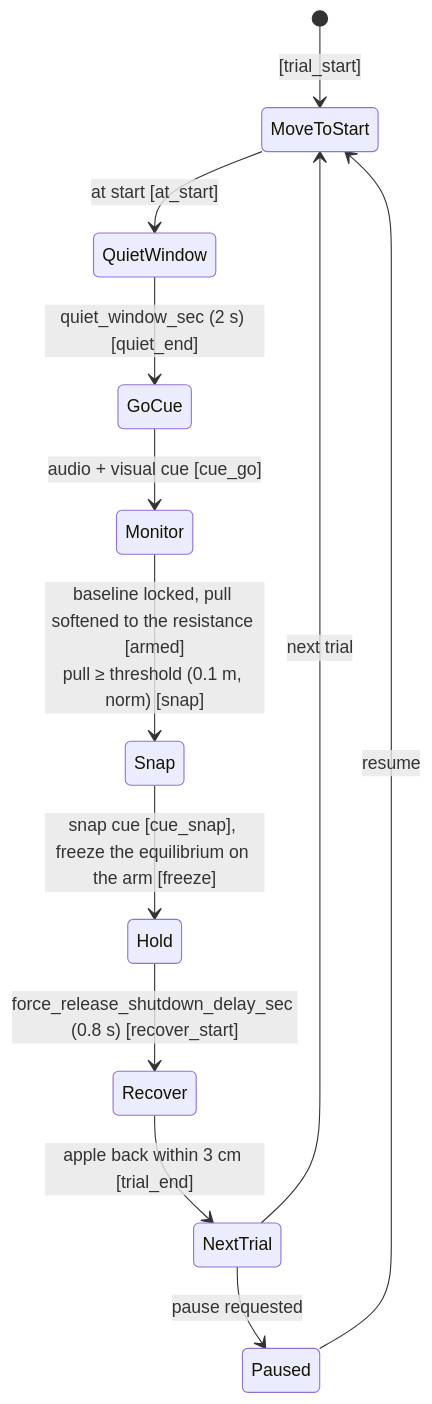
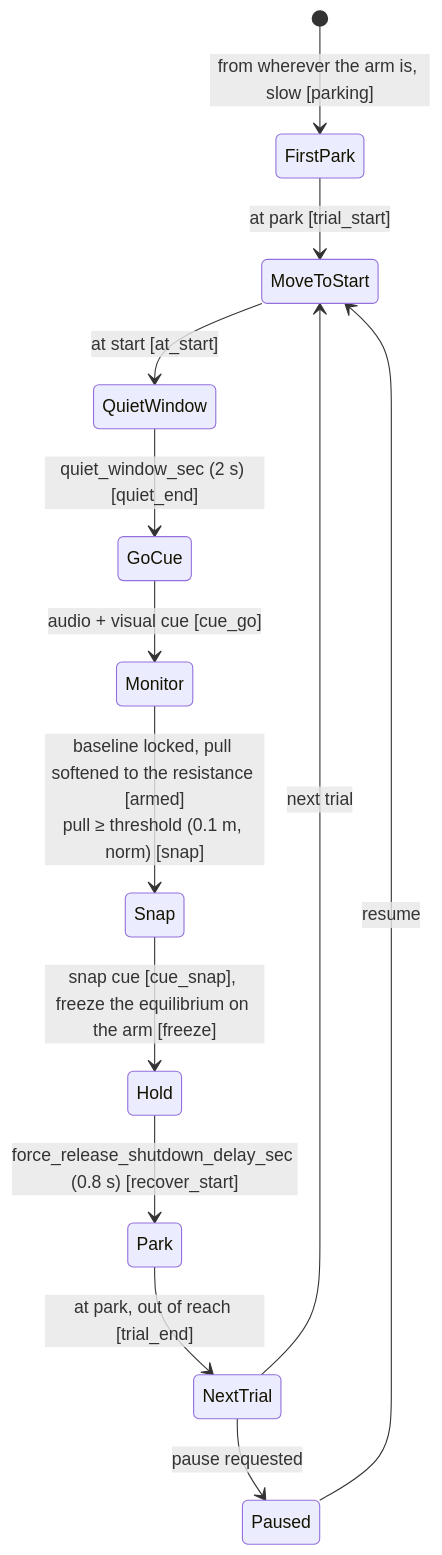
Before and after one commit to sinthlab/sinthlab-kuka-stack: the fourth of 10 diagrams in README.md, drawn with Mermaid. The commit also changed other lines of this file and 25 other files, not shown here.

Commit message:
move to park position between trials

````diff
--- a/README.md
+++ b/README.md
@@ -1580,14 +1626,15 @@
 ```mermaid
 stateDiagram-v2
-    [*] --> MoveToStart : [trial_start]
+    [*] --> FirstPark : from wherever the arm is, slow [parking]
+    FirstPark --> MoveToStart : at park [trial_start]
     MoveToStart --> QuietWindow : at start [at_start]
     QuietWindow --> GoCue : quiet_window_sec (2 s) [quiet_end]
     GoCue --> Monitor : audio + visual cue [cue_go]
     Monitor --> Snap : baseline locked, pull softened to the resistance [armed]<br/>pull ≥ threshold (0.1 m, norm) [snap]
     Snap --> Hold : snap cue [cue_snap], freeze the equilibrium on the arm [freeze]
-    Hold --> Recover : force_release_shutdown_delay_sec (0.8 s) [recover_start]
-    Recover --> NextTrial : apple back within 3 cm [trial_end]
+    Hold --> Park : force_release_shutdown_delay_sec (0.8 s) [recover_start]
+    Park --> NextTrial : at park, out of reach [trial_end]
     NextTrial --> MoveToStart : next trial
     NextTrial --> Paused : pause requested
     Paused --> MoveToStart : resume
 ```
````
